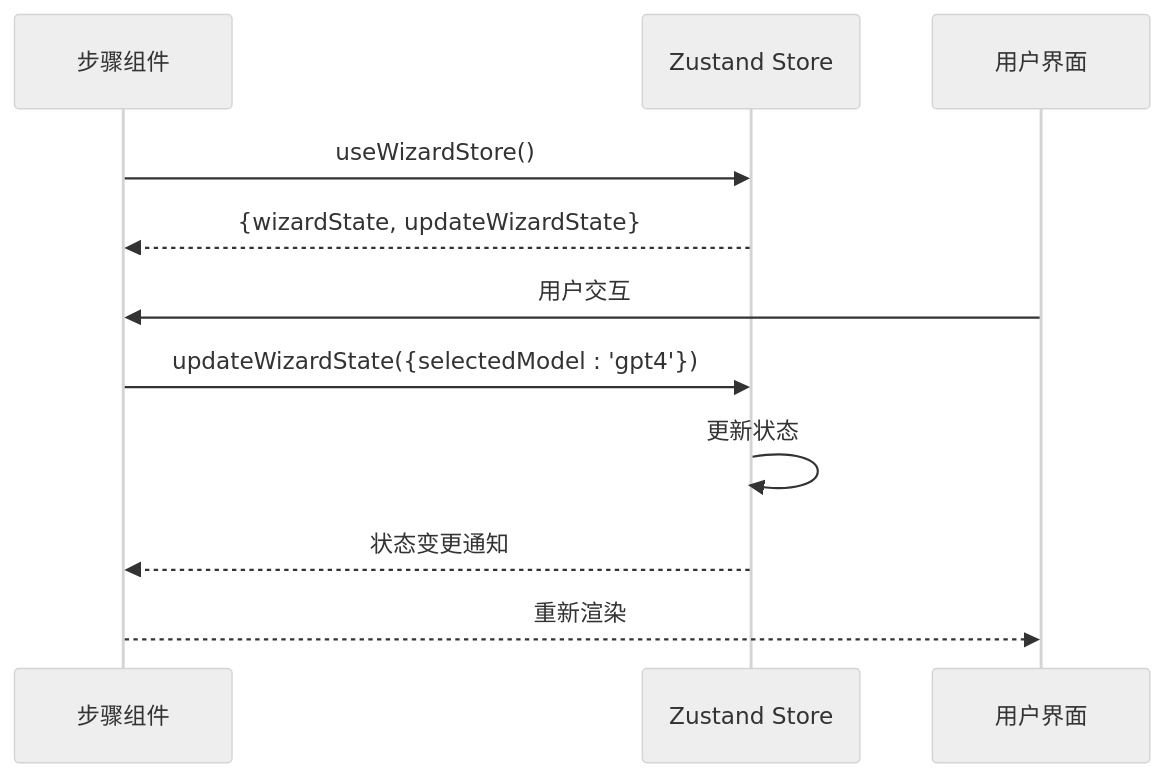
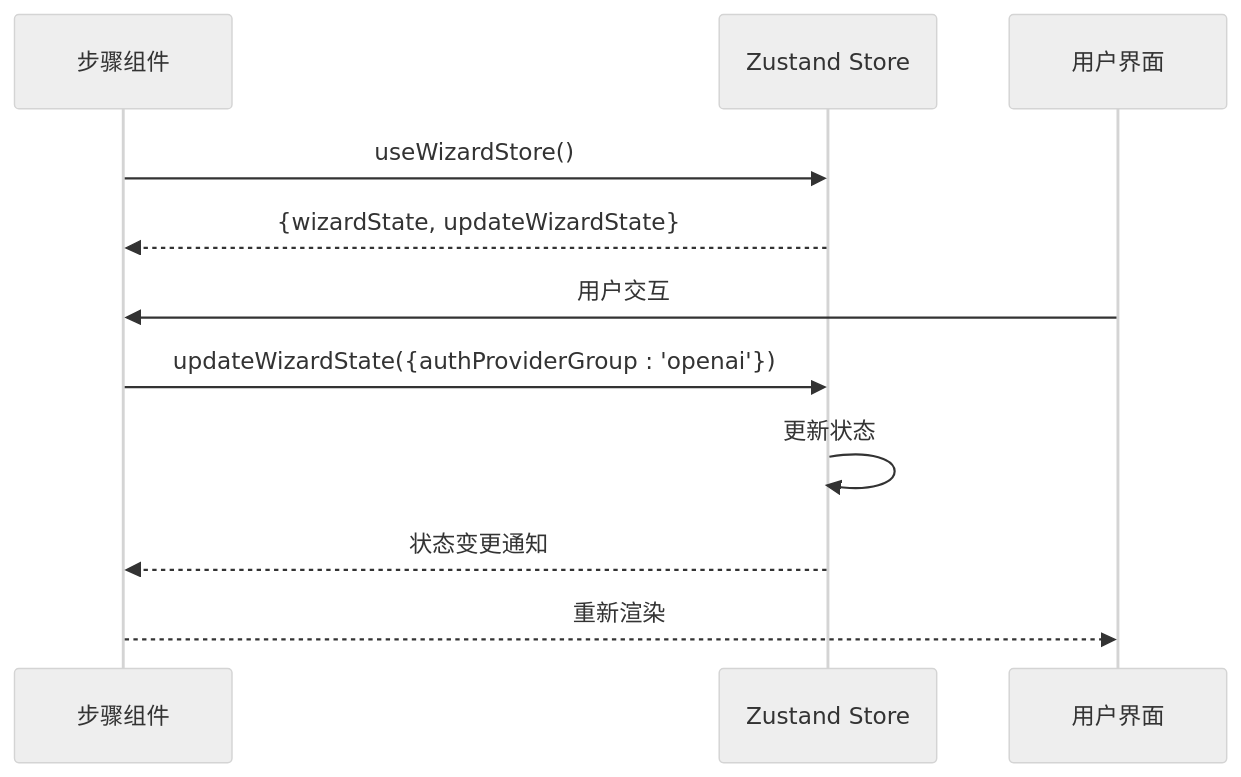
One commit to verse-ai-org/openclaw changed the seventh of 9 diagrams in .qoder/repowiki/zh/content/设置向导状态管理.md. Above: the diagram before and after it, drawn with Mermaid (neutral theme). The commit also changed other lines of this file and 34 other files, not shown here.

````diff
--- a/.qoder/repowiki/zh/content/设置向导状态管理.md
+++ b/.qoder/repowiki/zh/content/设置向导状态管理.md
@@ -265,13 +275,13 @@
 ```mermaid
 sequenceDiagram
 participant Step as 步骤组件
 participant Store as Zustand Store
 participant UI as 用户界面
 Step->>Store : useWizardStore()
 Store-->>Step : {wizardState, updateWizardState}
 UI->>Step : 用户交互
-Step->>Store : updateWizardState({selectedModel : 'gpt4'})
+Step->>Store : updateWizardState({authProviderGroup : 'openai'})
 Store->>Store : 更新状态
 Store-->>Step : 状态变更通知
 Step-->>UI : 重新渲染
 ```
````
